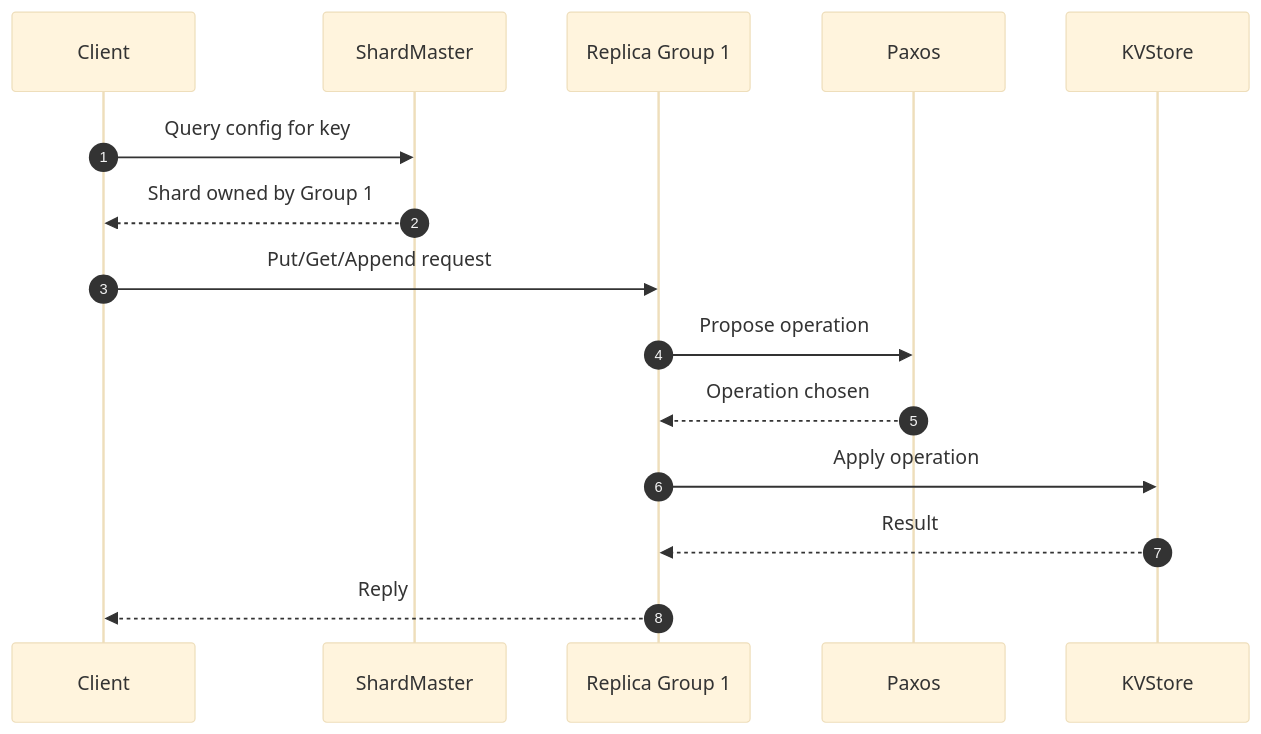
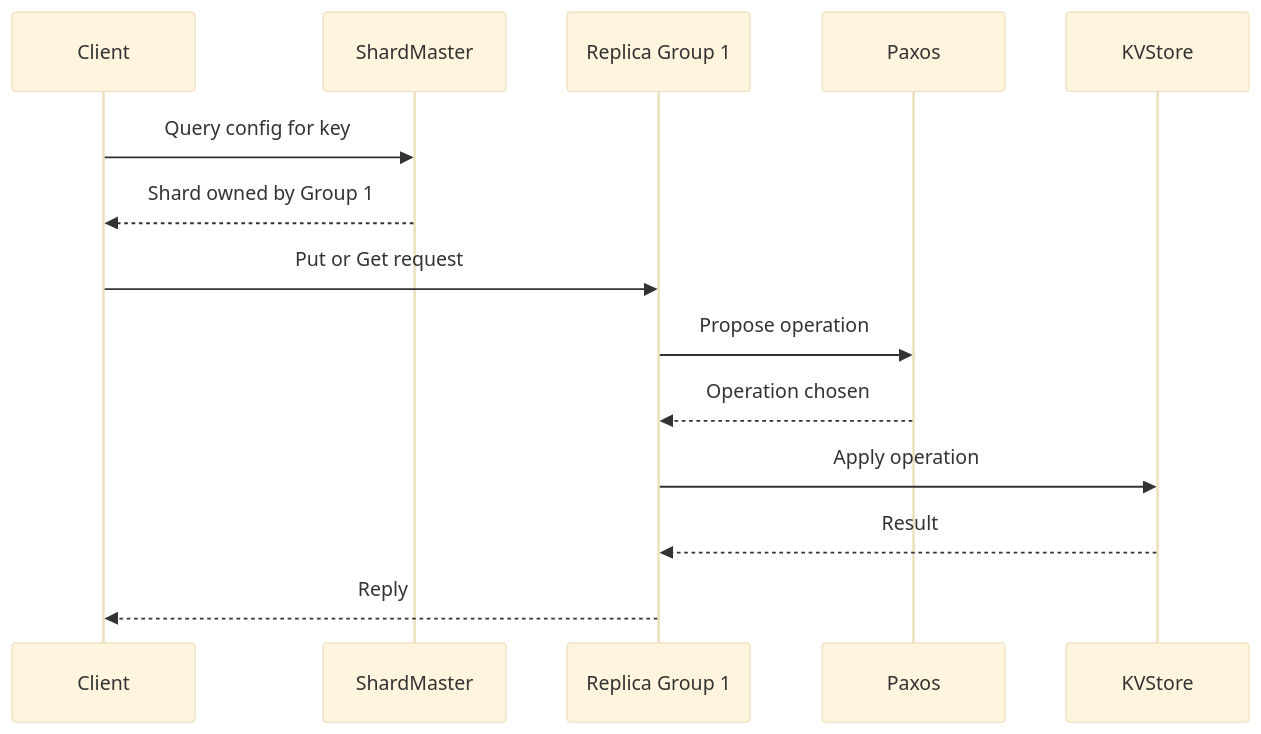
Before and after one commit to Robert-Livengood/sharded-paxos-kvstore: the diagram in Diagrams/SingleKeySequenceDiagram.md, drawn with Mermaid (base theme).

Commit message:
Removing slash chars from the string and autonumber to see if github will render it now

````diff
--- a/Diagrams/SingleKeySequenceDiagram.md
+++ b/Diagrams/SingleKeySequenceDiagram.md
@@ -3,19 +3,17 @@
 ```mermaid
 sequenceDiagram
-    autonumber
-
     participant C as Client
     participant SM as ShardMaster
     participant G1 as Replica Group 1
     participant P as Paxos
     participant KV as KVStore
 
     C->>SM: Query config for key
     SM-->>C: Shard owned by Group 1
-    C->>G1: Put/Get/Append request
+    C->>G1: Put or Get request
     G1->>P: Propose operation
     P-->>G1: Operation chosen
     G1->>KV: Apply operation
     KV-->>G1: Result
     G1-->>C: Reply
 ```
````
